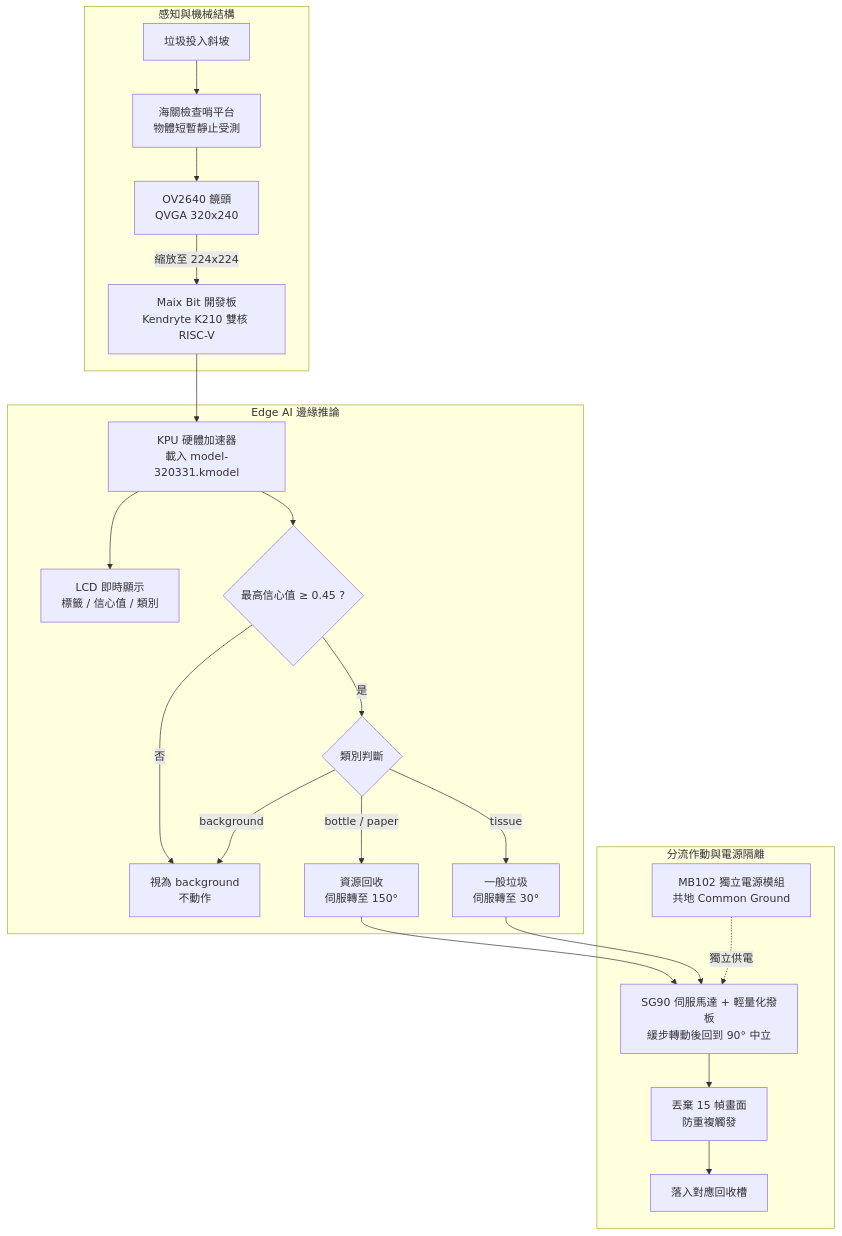
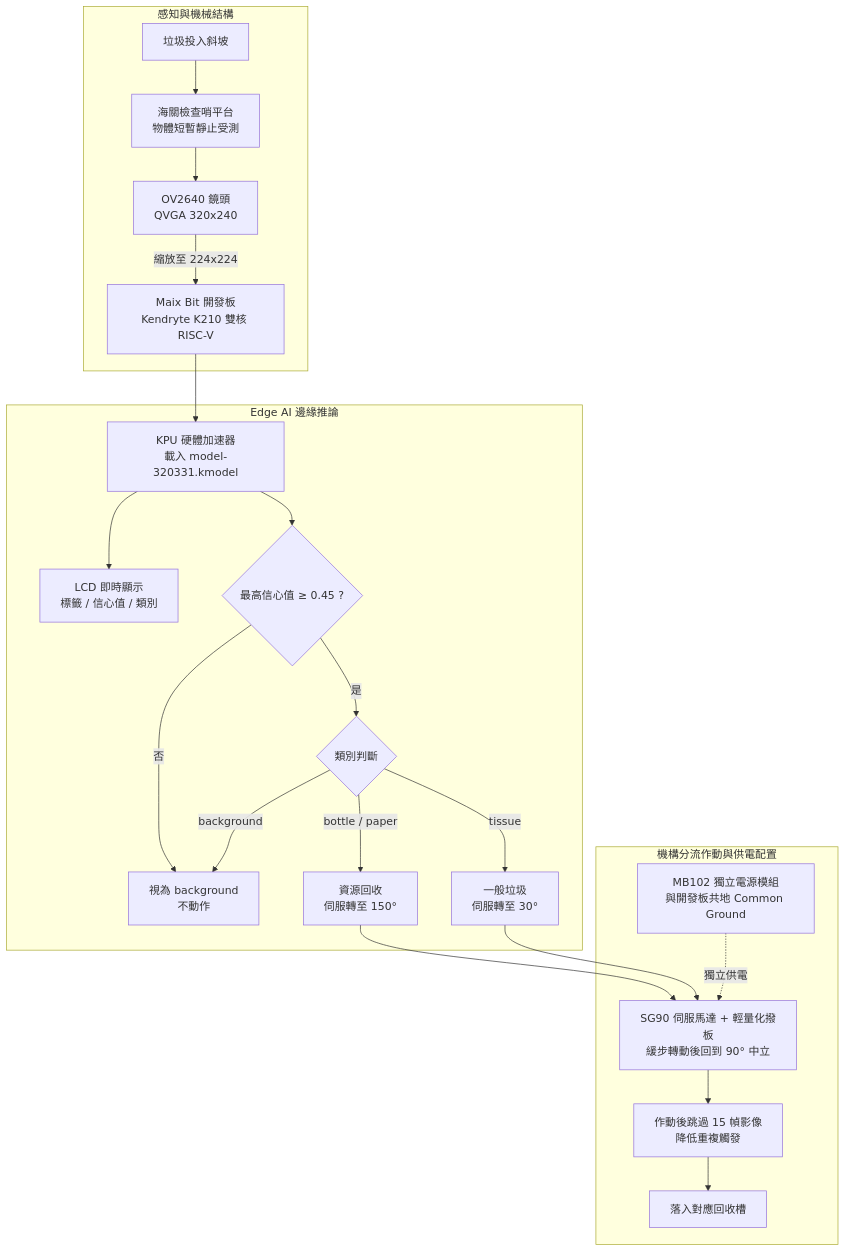
One commit to peiying004/recycle changed the diagram in README.md. Above: the diagram before and after it, drawn with Mermaid. The commit also changed other lines of this file and 1 other file, not shown here.

````diff
--- a/README.md
+++ b/README.md
@@ -23,27 +23,27 @@
 ```mermaid
 flowchart TD
     subgraph S1["感知與機械結構"]
         In[垃圾投入斜坡] --> Station[海關檢查哨平台<br>物體短暫靜止受測]
         Station --> Cam[OV2640 鏡頭<br>QVGA 320x240]
         Cam -->|縮放至 224x224| Board[Maix Bit 開發板<br>Kendryte K210 雙核 RISC-V]
     end
 
     subgraph S2["Edge AI 邊緣推論"]
         Board --> KPU[KPU 硬體加速器<br>載入 model-320331.kmodel]
         KPU --> LCD[LCD 即時顯示<br>標籤 / 信心值 / 類別]
         KPU --> Th{最高信心值 ≥ 0.45 ?}
         Th -->|否| BG[視為 background<br>不動作]
         Th -->|是| Judge{類別判斷}
         Judge -->|background| BG
         Judge -->|bottle / paper| Rec[資源回收<br>伺服轉至 150°]
         Judge -->|tissue| Gen[一般垃圾<br>伺服轉至 30°]
     end
 
-    subgraph S3["分流作動與電源隔離"]
+    subgraph S3["機構分流作動與供電配置"]
         Rec --> Motor[SG90 伺服馬達 + 輕量化撥板<br>緩步轉動後回到 90° 中立]
         Gen --> Motor
-        Power[MB102 獨立電源模組<br>共地 Common Ground] -.->|獨立供電| Motor
-        Motor --> Flush[丟棄 15 幀畫面<br>防重複觸發]
+        Power[MB102 獨立電源模組<br>與開發板共地 Common Ground] -.->|獨立供電| Motor
+        Motor --> Flush[作動後跳過 15 幀影像<br>降低重複觸發]
         Flush --> Bin[落入對應回收槽]
     end
 ```
````
